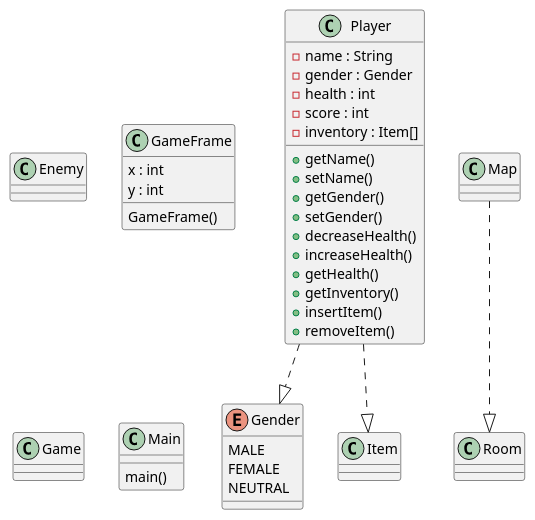
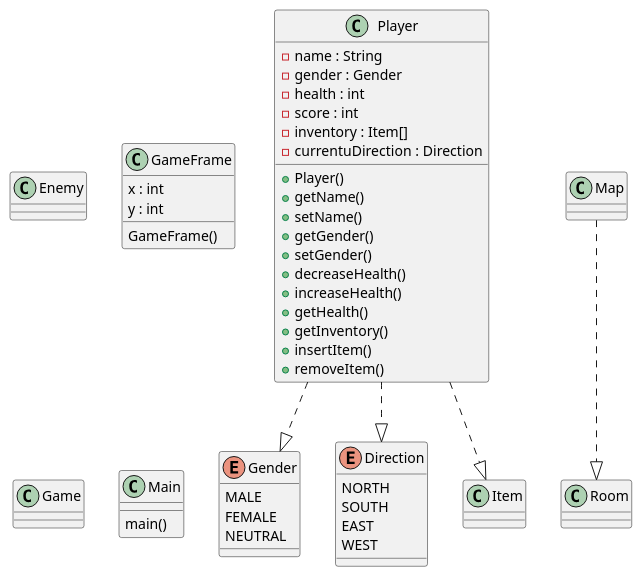
The diagram in Diagrams/DesignClassModel.plantuml (nardib/TextAdventure), drawn with PlantUML before and after one commit. The commit also changed 3 other files, not shown here.

Commit message:
removed compilation errors and updated diagrams

```diff
--- a/Diagrams/DesignClassModel.plantuml
+++ b/Diagrams/DesignClassModel.plantuml
@@ -1,45 +1,53 @@
 @startuml DesignClassModel
 
     class Player {
         -name : String
         -gender : Gender
         -health : int
         -score : int
         -inventory : Item[]
+        -currentuDirection : Direction
+        +Player()
         +getName()
         +setName()
         +getGender()
         +setGender()
         +decreaseHealth()
         +increaseHealth()
         +getHealth()
         +getInventory()
         +insertItem()
         +removeItem()
     }
 
     enum Gender {
         MALE
         FEMALE
         NEUTRAL
+    }
+    enum Direction {
+        NORTH
+        SOUTH
+        EAST
+        WEST
     }
     class Enemy
     class GameFrame {
         x : int
         y : int
         GameFrame()
     }
     class Game
     class Main {
         main()
     }
     class Item
     class Map
     class Room
 
     Player ..|> Gender
     Map ..|> Room
     Player ..|> Item
-
+    Player ..|> Direction
 
 @enduml
```
